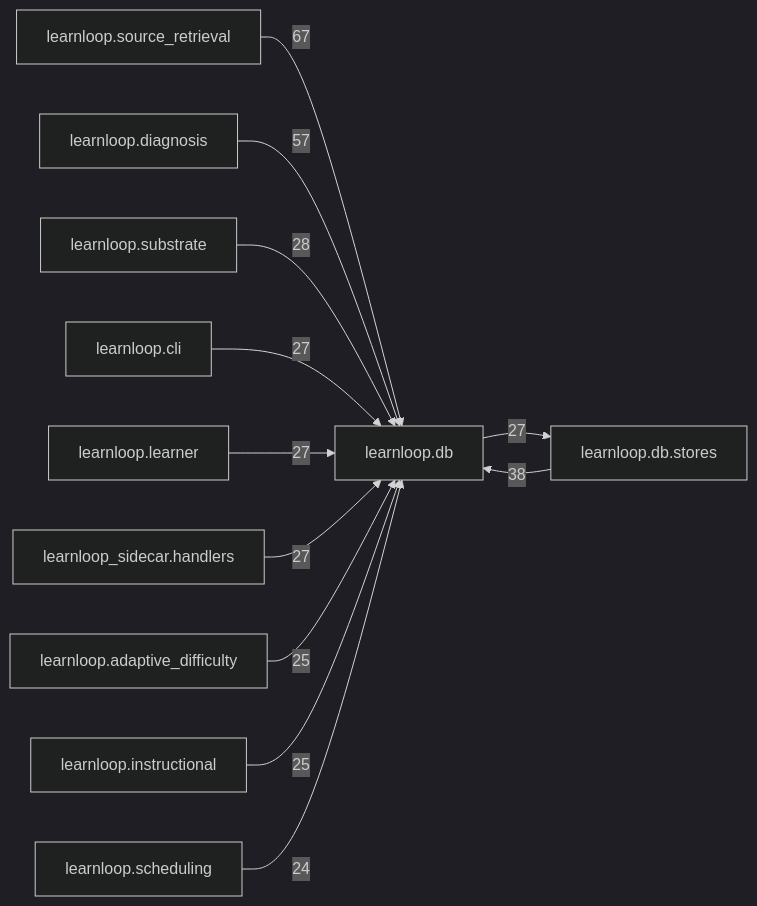
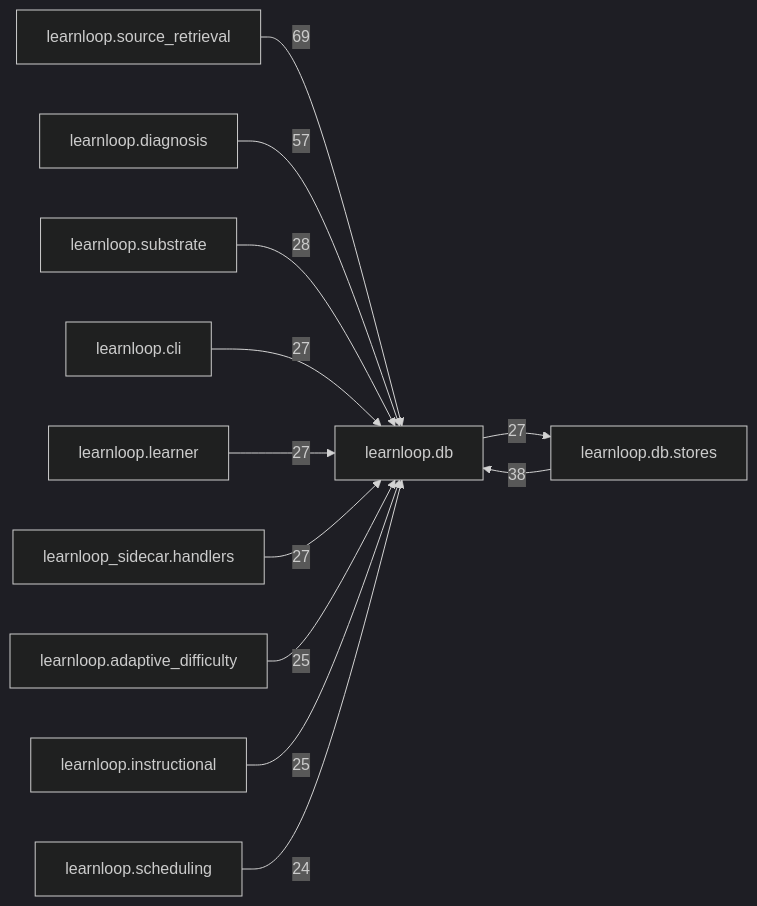
The diagram in docs/learnloop-architecture-vault/Reference/Modules/learnloop/db/_package.md (6up-b/learnanything), drawn with Mermaid (dark theme) before and after one commit. The commit also changed other lines of this file and 201 other files, not shown here.

````diff
--- a/docs/learnloop-architecture-vault/Reference/Modules/learnloop/db/_package.md
+++ b/docs/learnloop-architecture-vault/Reference/Modules/learnloop/db/_package.md
@@ -156,25 +156,25 @@
 ```mermaid
 flowchart LR
     center["learnloop.db"]
     n_learnloop_source_retrieval["learnloop.source_retrieval"]
     n_learnloop_db_stores["learnloop.db.stores"]
     n_learnloop_diagnosis["learnloop.diagnosis"]
     n_learnloop_substrate["learnloop.substrate"]
     n_learnloop_cli["learnloop.cli"]
     n_learnloop_learner["learnloop.learner"]
     n_learnloop_sidecar_handlers["learnloop_sidecar.handlers"]
     n_learnloop_adaptive_difficulty["learnloop.adaptive_difficulty"]
     n_learnloop_instructional["learnloop.instructional"]
     n_learnloop_scheduling["learnloop.scheduling"]
-    n_learnloop_source_retrieval -->|67| center
+    n_learnloop_source_retrieval -->|69| center
     n_learnloop_db_stores -->|38| center
     center -->|27| n_learnloop_db_stores
     n_learnloop_diagnosis -->|57| center
     n_learnloop_substrate -->|28| center
     n_learnloop_cli -->|27| center
     n_learnloop_learner -->|27| center
     n_learnloop_sidecar_handlers -->|27| center
     n_learnloop_adaptive_difficulty -->|25| center
     n_learnloop_instructional -->|25| center
     n_learnloop_scheduling -->|24| center
 ```
````
